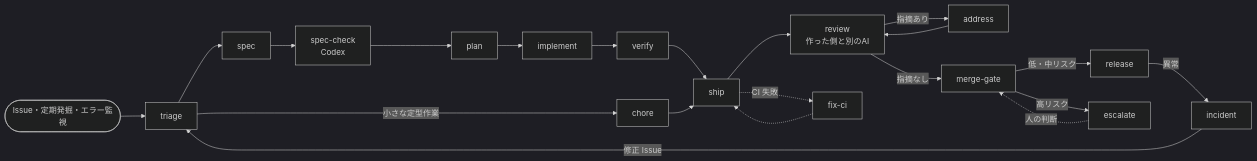
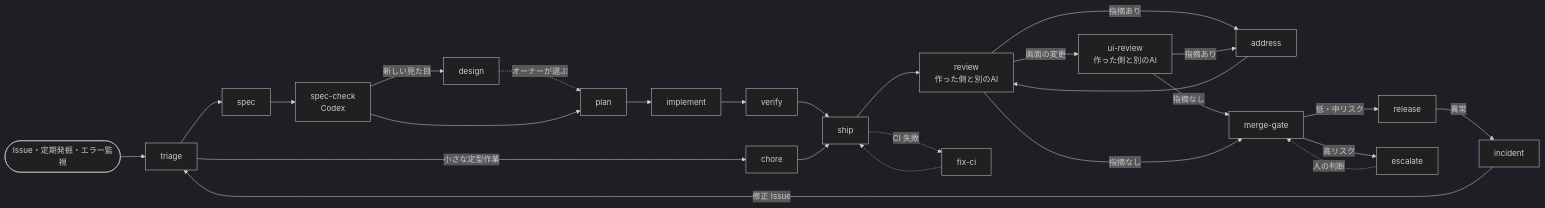
The diagram in docs/workflow.md (gati-hxmx/Development_Enviroment), drawn with Mermaid (dark theme) before and after one commit. The commit also changed other lines of this file and 26 other files, not shown here.

First line of the commit message:
デザインと UI のルールを中心に：Hana のルールを汎用化、ui-review・design スキル、見出しリンクの検証

````diff
--- a/docs/workflow.md
+++ b/docs/workflow.md
@@ -7,23 +7,28 @@
 ```mermaid
 flowchart LR
   start([Issue・定期発掘・エラー監視]) --> triage
   triage -->|小さな定型作業| chore
   triage --> spec
   spec --> speccheck[spec-check<br/>Codex]
+  speccheck -->|新しい見た目| design
+  design -.->|オーナーが選ぶ| plan
   speccheck --> plan
   plan --> implement
   implement --> verify
   verify --> ship
   chore --> ship
   ship --> review[review<br/>作った側と別のAI]
   review -->|指摘あり| address
   address --> review
   ship -.->|CI 失敗| fixci[fix-ci]
   fixci -.-> ship
+  review -->|画面の変更| uireview[ui-review<br/>作った側と別のAI]
+  uireview -->|指摘あり| address
+  uireview -->|指摘なし| gate
   review -->|指摘なし| gate[merge-gate]
   gate -->|低・中リスク| release
   gate -->|高リスク| escalate
   release -->|異常| incident
   incident -->|修正 Issue| triage
   escalate -.->|人の判断| gate
 ```
````
